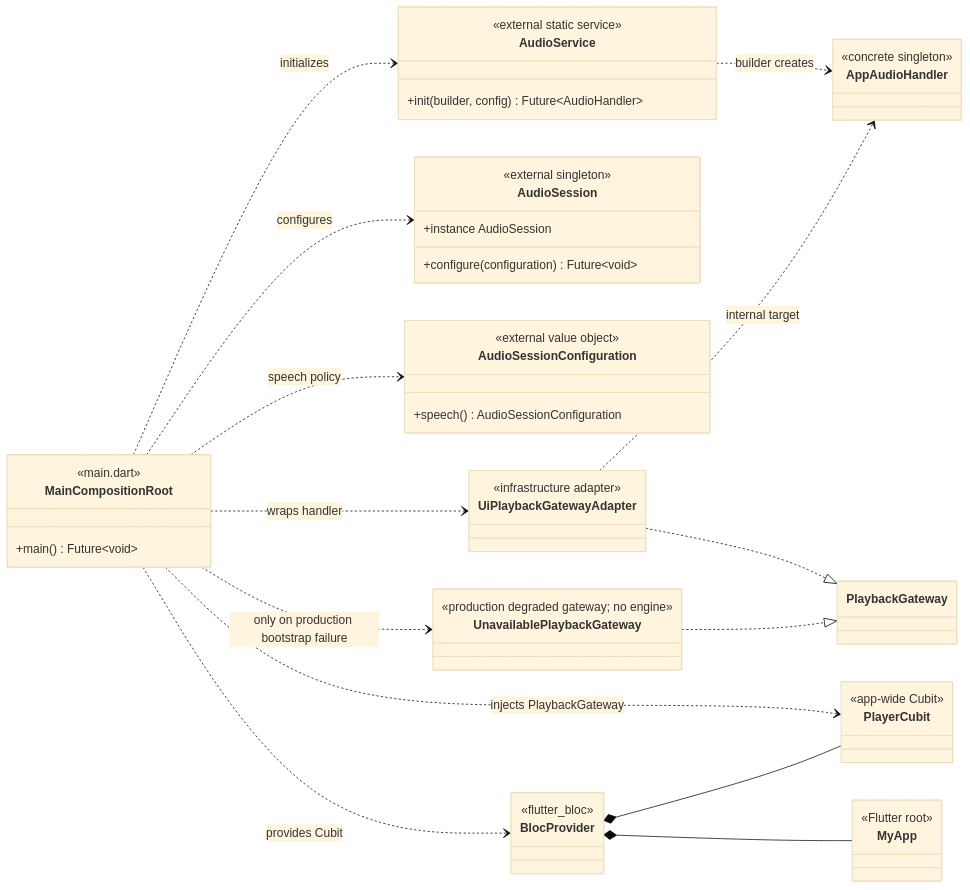
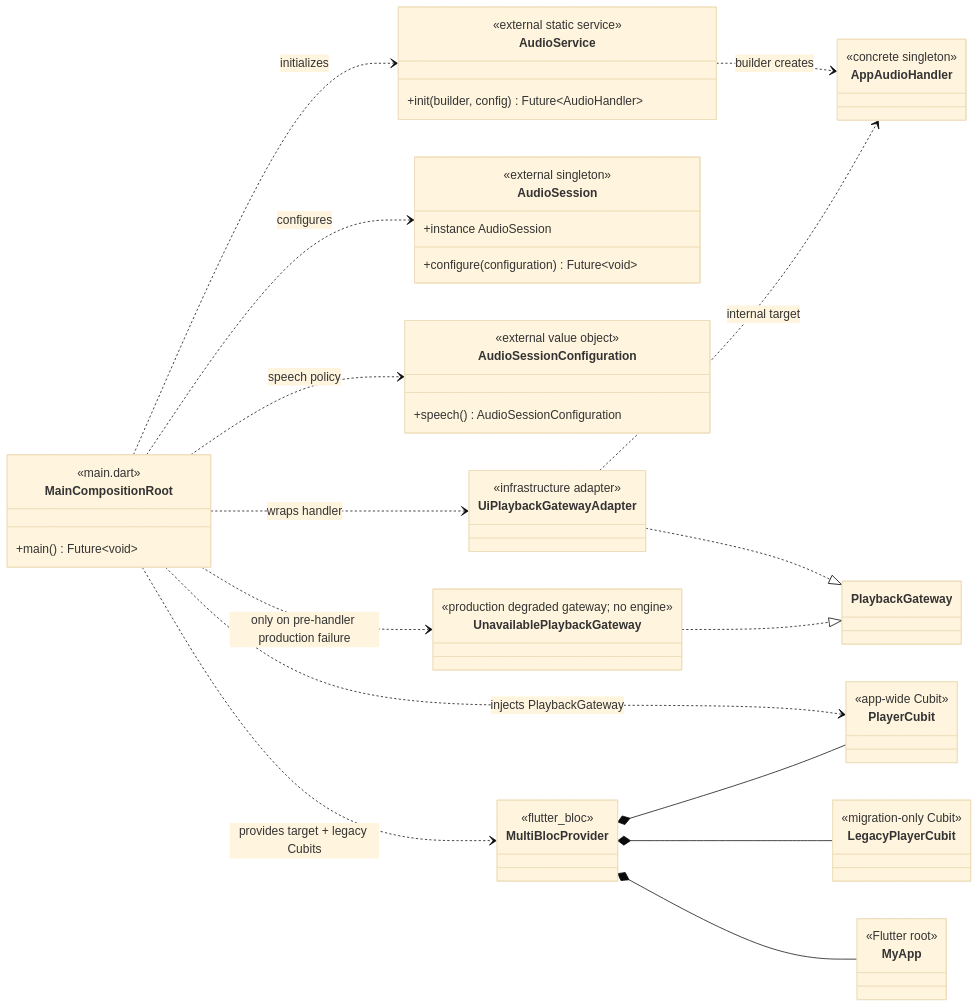
Before and after one commit to ViUniverse/ViListen: the seventh of 10 diagrams in docs/player-class-diagram.md, drawn with Mermaid (base theme). The commit also changed other lines of this file and 8 other files, not shown here.

Commit message:
feat(player): implement PLR-090 application bootstrap

````diff
--- a/docs/player-class-diagram.md
+++ b/docs/player-class-diagram.md
@@ -1011,63 +1011,68 @@
 ```mermaid
 classDiagram
 direction LR
 
 class MainCompositionRoot {
   <<main.dart>>
   +main() Future~void~
 }
 
 class AudioService {
   <<external static service>>
   +init(builder, config) Future~AudioHandler~
 }
 
 class AudioSession {
   <<external singleton>>
   +instance AudioSession
   +configure(configuration) Future~void~
 }
 
 class AudioSessionConfiguration {
   <<external value object>>
   +speech() AudioSessionConfiguration
 }
 
 class AppAudioHandler {
   <<concrete singleton>>
 }
 
 class PlayerCubit {
   <<app-wide Cubit>>
 }
 
 class UiPlaybackGatewayAdapter {
   <<infrastructure adapter>>
 }
 
 class UnavailablePlaybackGateway {
   <<production degraded gateway; no engine>>
 }
 
-class BlocProvider {
+class MultiBlocProvider {
   <<flutter_bloc>>
+}
+
+class LegacyPlayerCubit {
+  <<migration-only Cubit>>
 }
 
 class MyApp {
   <<Flutter root>>
 }
 
 MainCompositionRoot ..> AudioService : initializes
 MainCompositionRoot ..> AudioSession : configures
 MainCompositionRoot ..> AudioSessionConfiguration : speech policy
 AudioService ..> AppAudioHandler : builder creates
 MainCompositionRoot ..> UiPlaybackGatewayAdapter : wraps handler
 UiPlaybackGatewayAdapter ..|> PlaybackGateway
 UiPlaybackGatewayAdapter ..> AppAudioHandler : internal target
-MainCompositionRoot ..> UnavailablePlaybackGateway : only on production bootstrap failure
+MainCompositionRoot ..> UnavailablePlaybackGateway : only on pre-handler production failure
 UnavailablePlaybackGateway ..|> PlaybackGateway
 MainCompositionRoot ..> PlayerCubit : injects PlaybackGateway
-MainCompositionRoot ..> BlocProvider : provides Cubit
-BlocProvider *-- PlayerCubit
-BlocProvider *-- MyApp
+MainCompositionRoot ..> MultiBlocProvider : provides target + legacy Cubits
+MultiBlocProvider *-- PlayerCubit
+MultiBlocProvider *-- LegacyPlayerCubit
+MultiBlocProvider *-- MyApp
 ```
````
